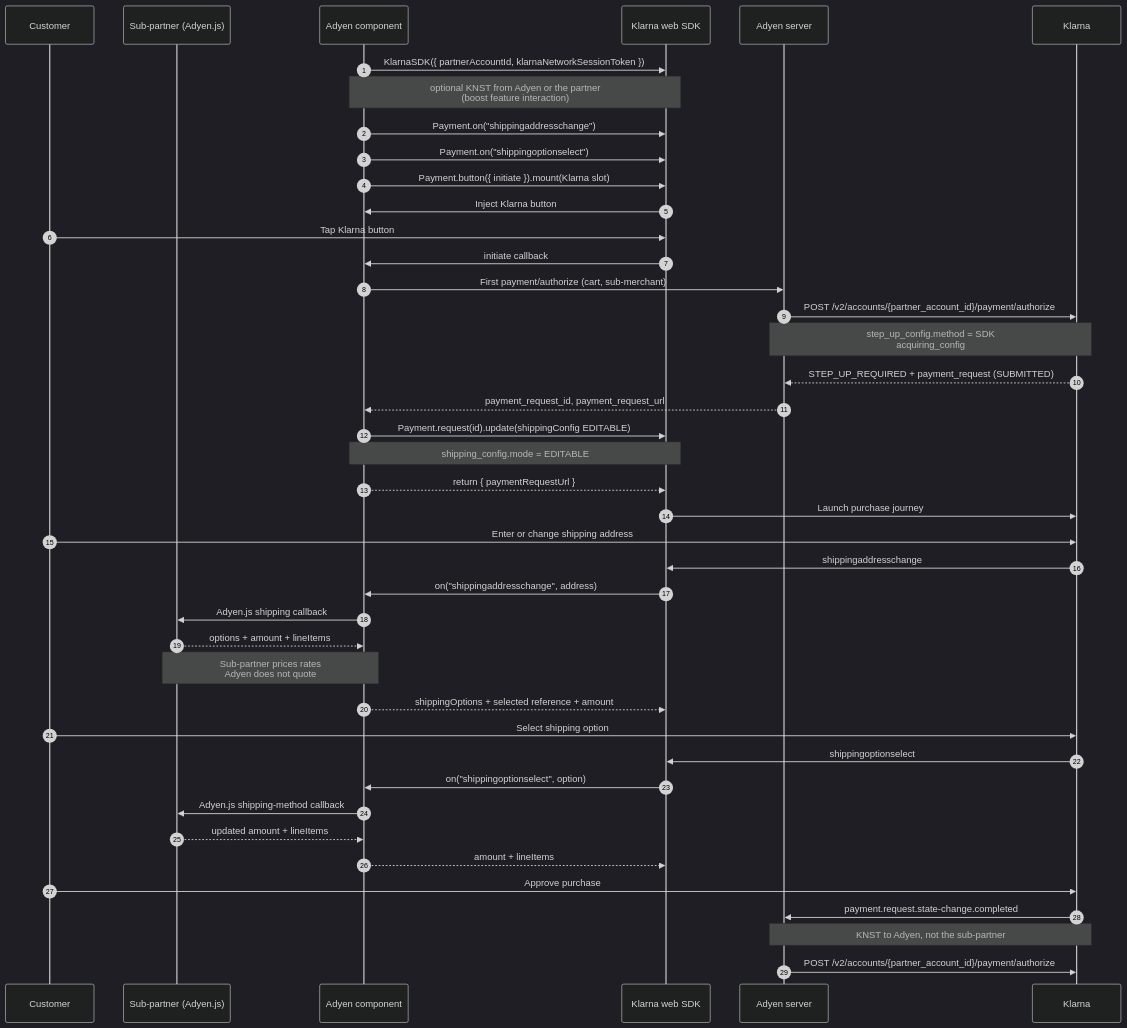
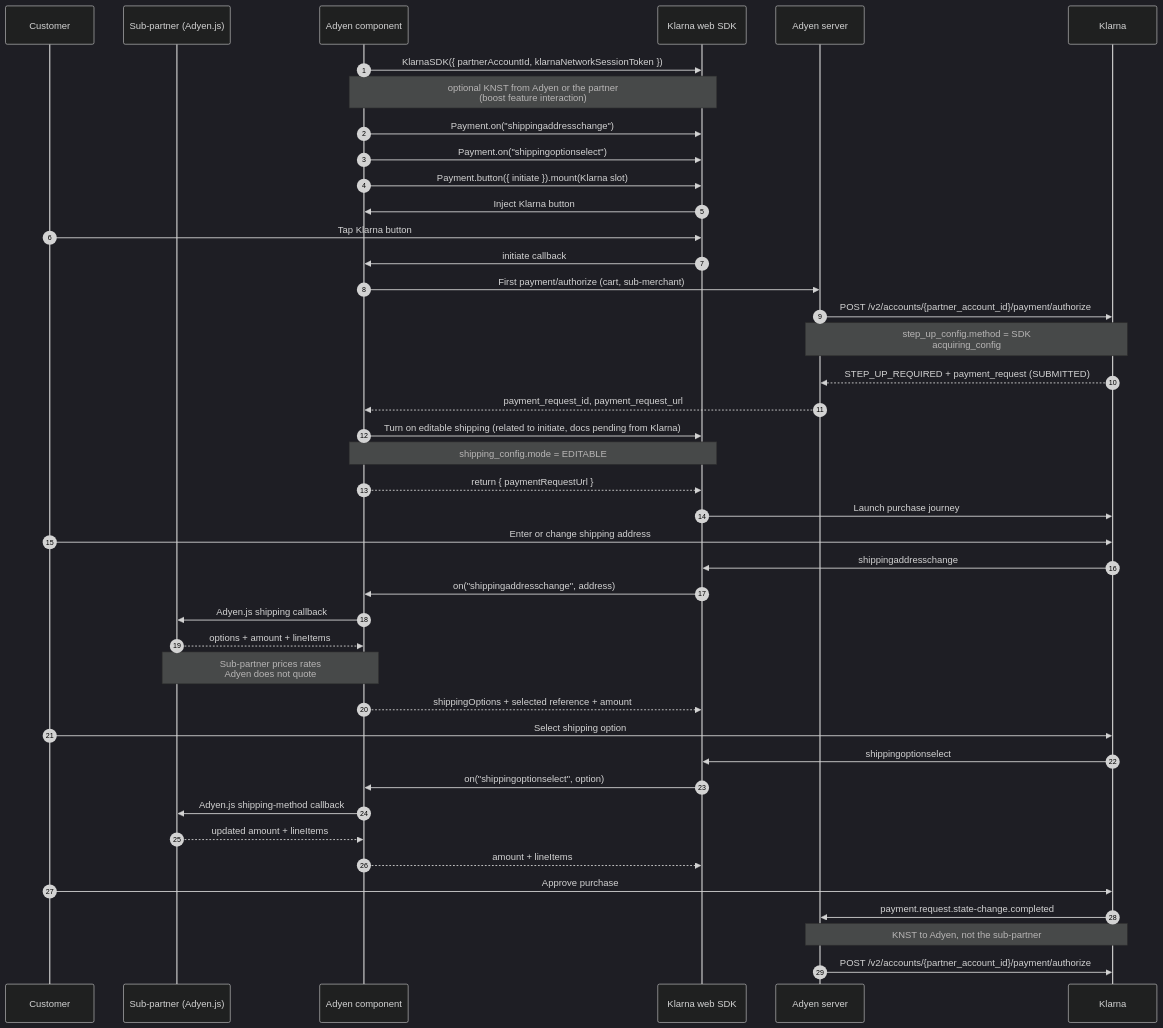
Before and after one commit to Adyen/adyen-web: the first of 2 diagrams in packages/lib/src/components/KlarnaNetwork/KlarnaNetwork-Express-Flows.md, drawn with Mermaid (dark theme). The commit also changed other lines of this file and 7 other files, not shown here.

````diff
--- a/packages/lib/src/components/KlarnaNetwork/KlarnaNetwork-Express-Flows.md
+++ b/packages/lib/src/components/KlarnaNetwork/KlarnaNetwork-Express-Flows.md
@@ -20,45 +20,45 @@
 ```mermaid
 sequenceDiagram
     autonumber
     participant Customer
     participant SubPartner as Sub-partner (Adyen.js)
     participant Component as Adyen component
     participant SDK as Klarna web SDK
     participant Adyen as Adyen server
     participant Klarna
 
     Component->>SDK: KlarnaSDK({ partnerAccountId, klarnaNetworkSessionToken })
     Note over Component,SDK: optional KNST from Adyen or the partner<br/>(boost feature interaction)
     Component->>SDK: Payment.on("shippingaddresschange")
     Component->>SDK: Payment.on("shippingoptionselect")
     Component->>SDK: Payment.button({ initiate }).mount(Klarna slot)
     SDK->>Component: Inject Klarna button
     Customer->>SDK: Tap Klarna button
     SDK->>Component: initiate callback
     Component->>Adyen: First payment/authorize (cart, sub-merchant)
     Adyen->>Klarna: POST /v2/accounts/{partner_account_id}/payment/authorize
     Note over Adyen,Klarna: step_up_config.method = SDK<br/>acquiring_config
     Klarna-->>Adyen: STEP_UP_REQUIRED + payment_request (SUBMITTED)
     Adyen-->>Component: payment_request_id, payment_request_url
-    Component->>SDK: Payment.request(id).update(shippingConfig EDITABLE)
+    Component->>SDK: Turn on editable shipping (related to initiate, docs pending from Klarna)
     Note over Component,SDK: shipping_config.mode = EDITABLE
     Component-->>SDK: return { paymentRequestUrl }
     SDK->>Klarna: Launch purchase journey
     Customer->>Klarna: Enter or change shipping address
     Klarna->>SDK: shippingaddresschange
     SDK->>Component: on("shippingaddresschange", address)
     Component->>SubPartner: Adyen.js shipping callback
     SubPartner-->>Component: options + amount + lineItems
     Note over SubPartner,Component: Sub-partner prices rates<br/>Adyen does not quote
     Component-->>SDK: shippingOptions + selected reference + amount
     Customer->>Klarna: Select shipping option
     Klarna->>SDK: shippingoptionselect
     SDK->>Component: on("shippingoptionselect", option)
     Component->>SubPartner: Adyen.js shipping-method callback
     SubPartner-->>Component: updated amount + lineItems
     Component-->>SDK: amount + lineItems
     Customer->>Klarna: Approve purchase
     Klarna->>Adyen: payment.request.state-change.completed
     Note over Adyen,Klarna: KNST to Adyen, not the sub-partner
     Adyen->>Klarna: POST /v2/accounts/{partner_account_id}/payment/authorize
 ```
````
